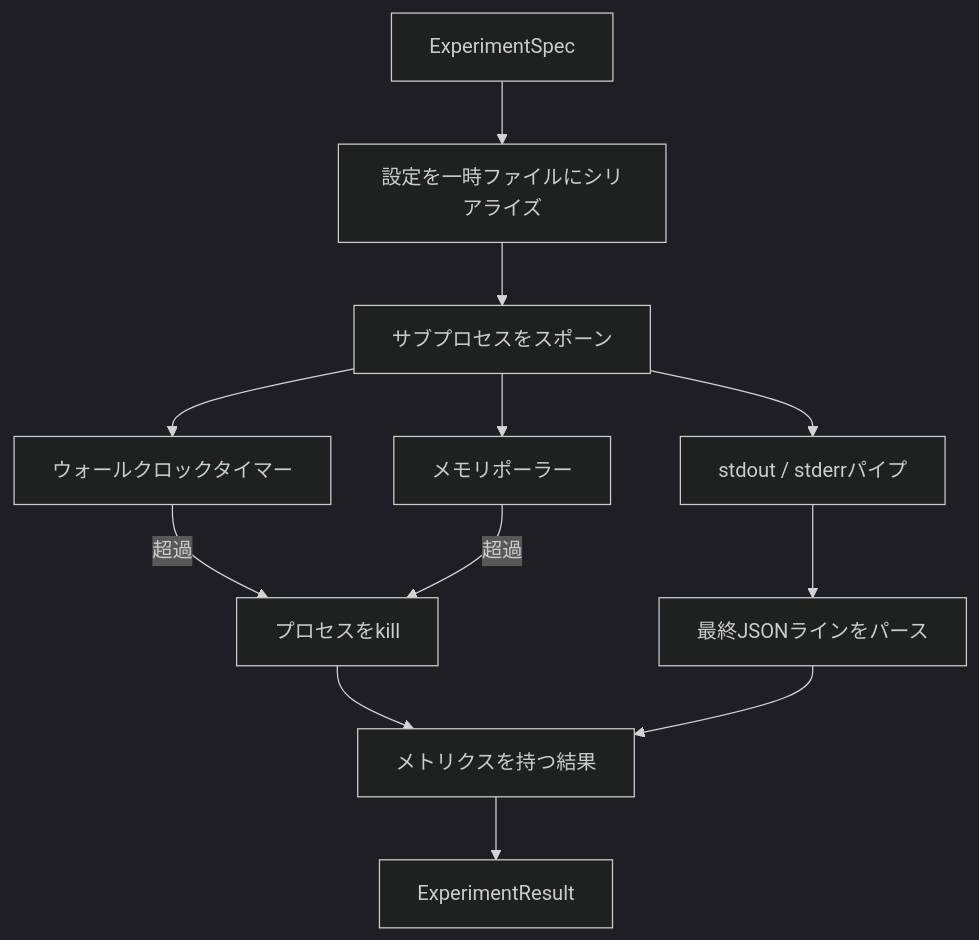
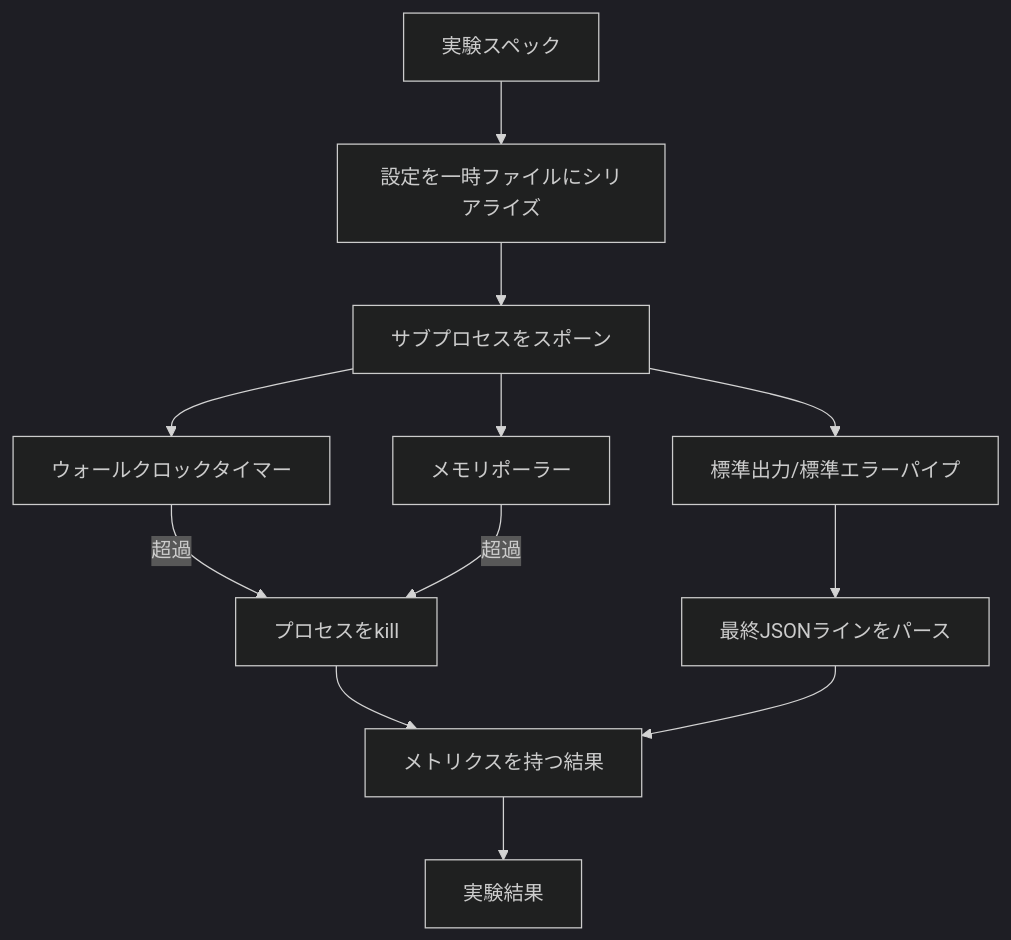
Before and after one commit to shoshoshomen/synapse-academy: the diagram in content/phases/19-capstone-projects/52-experiment-runner/lesson.ja.md, drawn with Mermaid (dark theme). The commit also changed 124 other files, not shown here.

First line of the commit message:
feat(i18n): mermaid図のラベルを日本語化(194レッスン/374図)

````diff
--- a/content/phases/19-capstone-projects/52-experiment-runner/lesson.ja.md
+++ b/content/phases/19-capstone-projects/52-experiment-runner/lesson.ja.md
@@ -37,14 +37,14 @@
 ```mermaid
 flowchart TD
-    A[ExperimentSpec] --> B[設定を一時ファイルにシリアライズ]
-    B --> C[サブプロセスをスポーン]
-    C --> D[stdout / stderrパイプ]
-    C --> E[ウォールクロックタイマー]
-    C --> F[メモリポーラー]
-    E -- 超過 --> K[プロセスをkill]
-    F -- 超過 --> K
-    D --> P[最終JSONラインをパース]
-    K --> R[terminal=timeoutまたはoomの結果]
-    P --> R[メトリクスを持つ結果]
-    R --> O[ExperimentResult]
+    A["実験スペック"] --> B["設定を一時ファイルにシリアライズ"]
+    B --> C["サブプロセスをスポーン"]
+    C --> D["標準出力/標準エラーパイプ"]
+    C --> E["ウォールクロックタイマー"]
+    C --> F["メモリポーラー"]
+    E -- "超過" --> K["プロセスをkill"]
+    F -- "超過" --> K
+    D --> P["最終JSONラインをパース"]
+    K --> R["タイムアウトまたはOOM結果"]
+    P --> R["メトリクスを持つ結果"]
+    R --> O["実験結果"]
 ```
````
